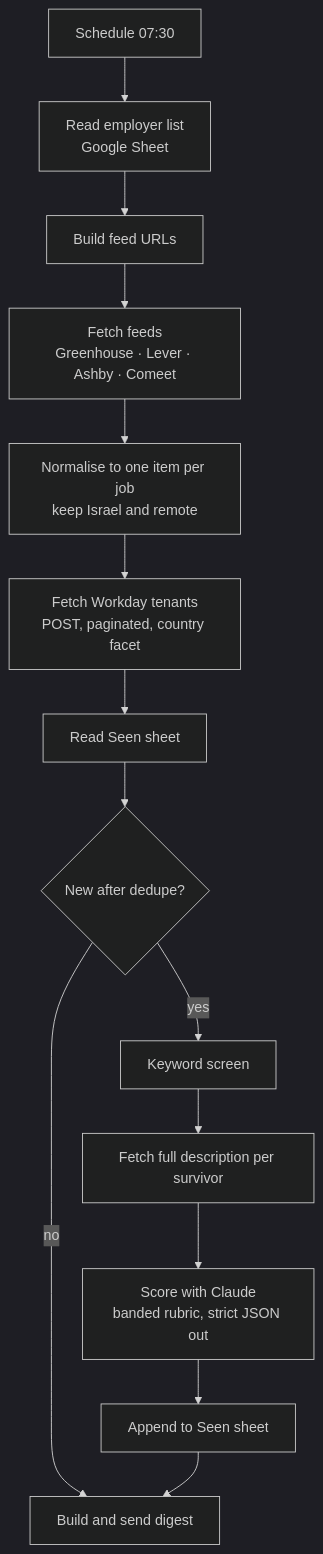
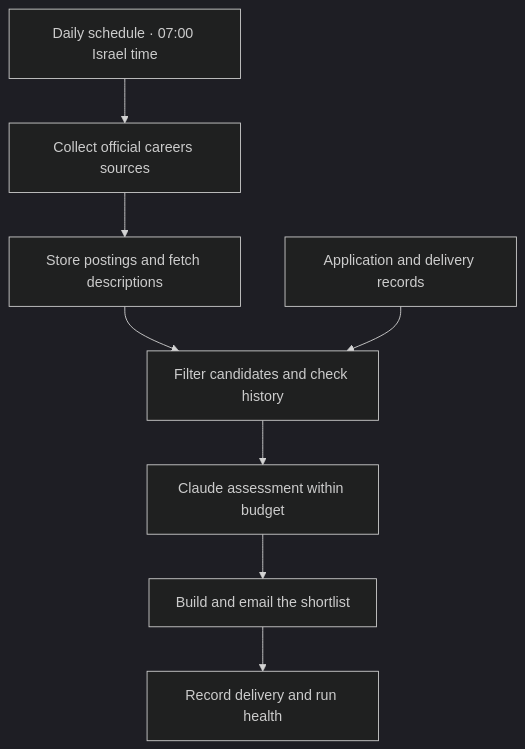
One commit to RoyManor1/ats-job-scanner changed the diagram in README.md. Above: the diagram before and after it, drawn with Mermaid (dark theme). The commit also changed other lines of this file, not shown here.

First line of the commit message:
Present Job Scanner with verified results and clear AI attribution

````diff
--- a/README.md
+++ b/README.md
@@ -13,16 +31,10 @@
 ```mermaid
 flowchart TD
-  A[Schedule 07:30] --> B[Read employer list<br/>Google Sheet]
-  B --> C[Build feed URLs]
-  C --> D[Fetch feeds<br/>Greenhouse · Lever · Ashby · Comeet]
-  D --> E[Normalise to one item per job<br/>keep Israel and remote]
-  E --> F[Fetch Workday tenants<br/>POST, paginated, country facet]
-  F --> G[Read Seen sheet]
-  G --> H{New after dedupe?}
-  H -- no --> L[Nothing new email]
-  H -- yes --> I[Keyword screen]
-  I --> J[Fetch full description per survivor]
-  J --> K[Score with Claude<br/>banded rubric, strict JSON out]
-  K --> M[Append to Seen sheet]
-  M --> L[Build and send digest]
+    A[Daily schedule · 07:00 Israel time] --> B[Collect official careers sources]
+    B --> C[Store postings and fetch descriptions]
+    C --> D[Filter candidates and check history]
+    E[Application and delivery records] --> D
+    D --> F[Claude assessment within budget]
+    F --> G[Build and email the shortlist]
+    G --> H[Record delivery and run health]
 ```
````
